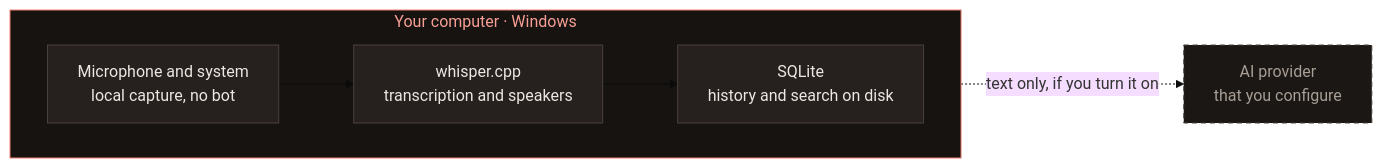
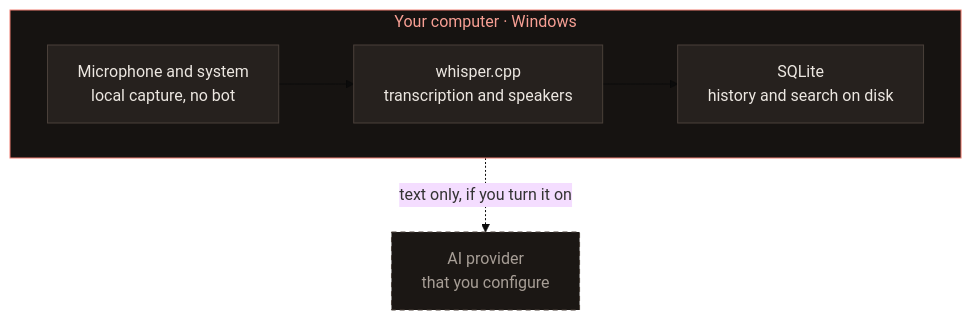
The diagram in README.en.md (Marcus-Boni/ISPer), drawn with Mermaid (base theme) before and after one commit. The commit also changed other lines of this file and 1 other file, not shown here.

Commit message:
docs(readme): os três tempos lado a lado e o diagrama em duas camadas

````diff
--- a/README.en.md
+++ b/README.en.md
@@ -90,14 +88,14 @@
 ```mermaid
-flowchart LR
+flowchart TB
   subgraph PC["Your computer · Windows"]
     direction LR
     A["Microphone and system<br/>local capture, no bot"] --> B["whisper.cpp<br/>transcription and speakers"] --> C["SQLite<br/>history and search on disk"]
   end
-  C -. "text only, if you turn it on" .-> D["AI provider<br/>that you configure"]
+  PC -. "text only, if you turn it on" .-> D["AI provider<br/>that you configure"]
 
   classDef local fill:#26211e,stroke:#4a403a,color:#ece7e1
   classDef cloud fill:#1b1714,stroke:#4a403a,color:#a79e96,stroke-dasharray: 5 4
   class A,B,C local
   class D cloud
   style PC fill:#161311,stroke:#f07e72,color:#f79f94
 ```
````
